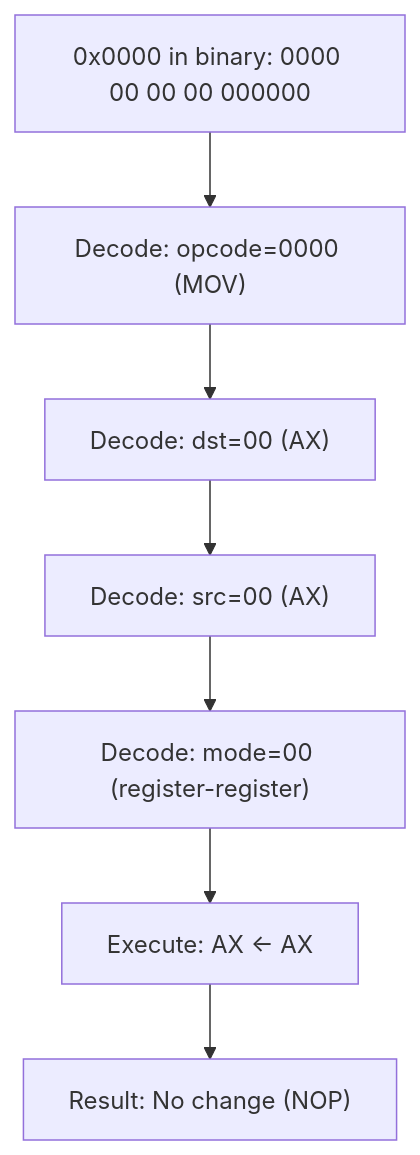
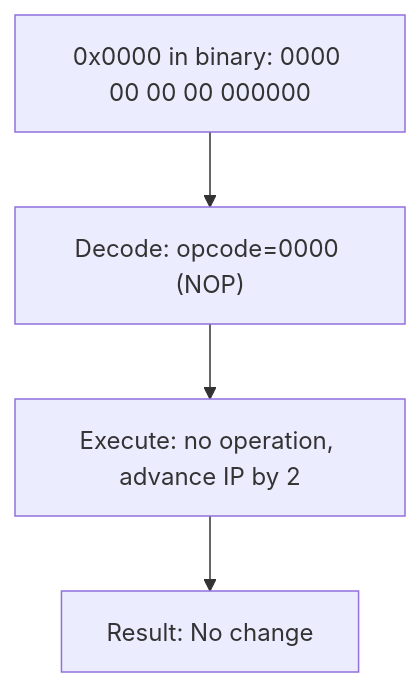
One commit to MinecAnton209/NovumOS-16bit changed the ninth of 9 diagrams in docs/en/isa/instruction-encoding.md. Above: the diagram before and after it, drawn with Mermaid. The commit also changed other lines of this file and 20 other files, not shown here.

````diff
--- a/docs/en/isa/instruction-encoding.md
+++ b/docs/en/isa/instruction-encoding.md
@@ -434,9 +547,6 @@
 ```mermaid
 flowchart TD
-    A["0x0000 in binary: 0000 00 00 00 000000"] --> B["Decode: opcode=0000 (MOV)"]
-    B --> C["Decode: dst=00 (AX)"]
-    C --> D["Decode: src=00 (AX)"]
-    D --> E["Decode: mode=00 (register-register)"]
-    E --> F["Execute: AX ← AX"]
-    F --> G["Result: No change (NOP)"]
+    A["0x0000 in binary: 0000 00 00 00 000000"] --> B["Decode: opcode=0000 (NOP)"]
+    B --> C["Execute: no operation, advance IP by 2"]
+    C --> D["Result: No change"]
 ```
````
